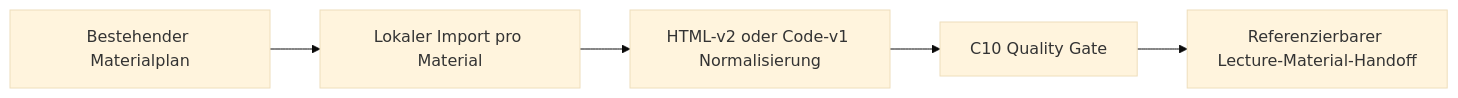
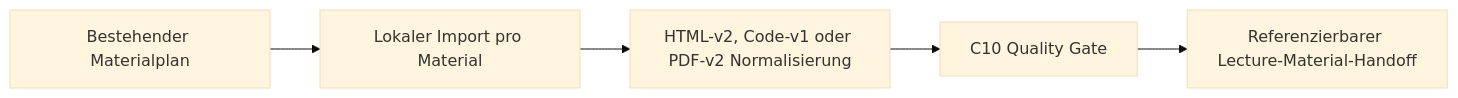
Before and after one commit to rf-data/Personal_Assistant: the diagram in docs/workflows/README.md, drawn with Mermaid (base theme). The commit also changed other lines of this file and 35 other files, not shown here.

````diff
--- a/docs/workflows/README.md
+++ b/docs/workflows/README.md
@@ -10,7 +10,7 @@
 ```mermaid
 flowchart LR
   P[Bestehender Materialplan] --> I[Lokaler Import pro Material]
-  I --> N[HTML-v2 oder Code-v1 Normalisierung]
+  I --> N[HTML-v2, Code-v1 oder PDF-v2 Normalisierung]
   N --> Q[C10 Quality Gate]
   Q --> H[Referenzierbarer Lecture-Material-Handoff]
 ```
````
